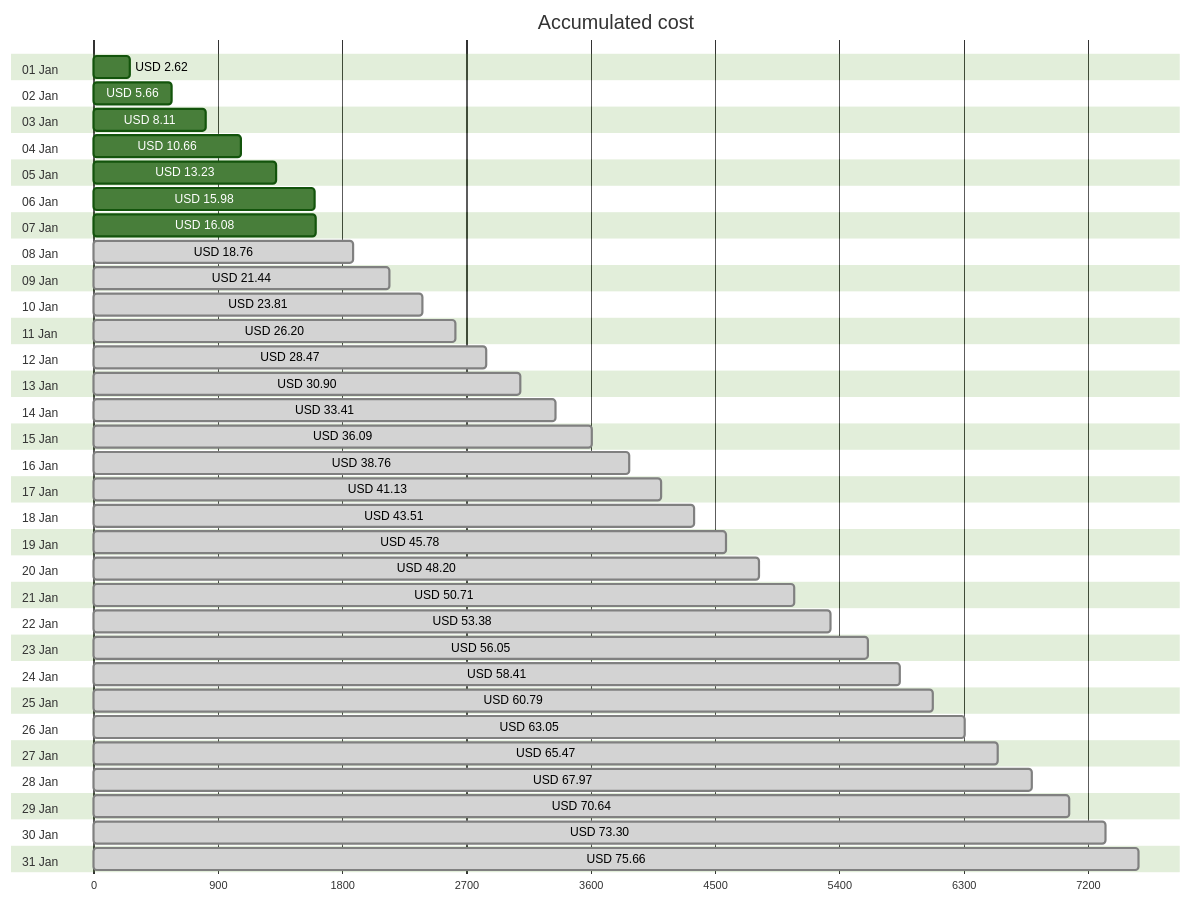
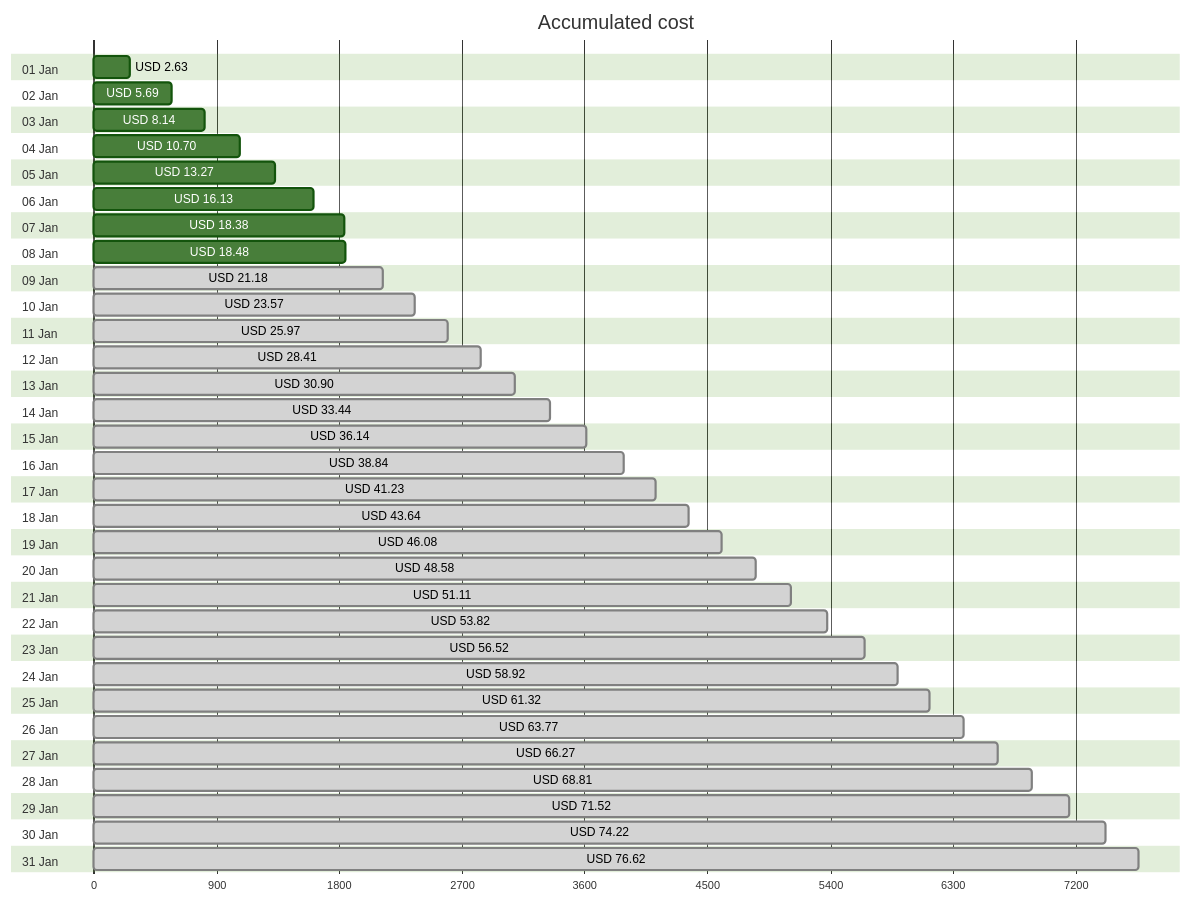
Before and after one commit to jpfulton/azure-personal-reports: the first of 4 diagrams in cost-reports/accumulated-cost.md, drawn with Mermaid (forest theme). The commit also changed other lines of this file and 4 other files, not shown here.

````diff
--- a/cost-reports/accumulated-cost.md
+++ b/cost-reports/accumulated-cost.md
@@ -20,68 +20,68 @@
 ```mermaid
 gantt
    title Accumulated cost
    dateFormat  X
    axisFormat %s
    section 01 Jan
-   USD 2.62 :0, 262
+   USD 2.63 :0, 263
    section 02 Jan
-   USD 5.66 :0, 566
+   USD 5.69 :0, 569
    section 03 Jan
-   USD 8.11 :0, 811
+   USD 8.14 :0, 814
    section 04 Jan
-   USD 10.66 :0, 1066
+   USD 10.70 :0, 1070
    section 05 Jan
-   USD 13.23 :0, 1323
+   USD 13.27 :0, 1327
    section 06 Jan
-   USD 15.98 :0, 1598
+   USD 16.13 :0, 1613
    section 07 Jan
-   USD 16.08 :0, 1608
+   USD 18.38 :0, 1838
    section 08 Jan
-   USD 18.76 : done, 0, 1876
+   USD 18.48 :0, 1848
    section 09 Jan
-   USD 21.44 : done, 0, 2144
+   USD 21.18 : done, 0, 2118
    section 10 Jan
-   USD 23.81 : done, 0, 2381
+   USD 23.57 : done, 0, 2357
    section 11 Jan
-   USD 26.20 : done, 0, 2620
+   USD 25.97 : done, 0, 2597
    section 12 Jan
-   USD 28.47 : done, 0, 2847
+   USD 28.41 : done, 0, 2841
    section 13 Jan
    USD 30.90 : done, 0, 3090
    section 14 Jan
-   USD 33.41 : done, 0, 3341
+   USD 33.44 : done, 0, 3344
    section 15 Jan
-   USD 36.09 : done, 0, 3609
+   USD 36.14 : done, 0, 3614
    section 16 Jan
-   USD 38.76 : done, 0, 3876
+   USD 38.84 : done, 0, 3884
    section 17 Jan
-   USD 41.13 : done, 0, 4113
+   USD 41.23 : done, 0, 4123
    section 18 Jan
-   USD 43.51 : done, 0, 4351
+   USD 43.64 : done, 0, 4364
    section 19 Jan
-   USD 45.78 : done, 0, 4578
+   USD 46.08 : done, 0, 4608
    section 20 Jan
-   USD 48.20 : done, 0, 4820
+   USD 48.58 : done, 0, 4858
    section 21 Jan
-   USD 50.71 : done, 0, 5071
+   USD 51.11 : done, 0, 5111
    section 22 Jan
-   USD 53.38 : done, 0, 5338
+   USD 53.82 : done, 0, 5382
    section 23 Jan
-   USD 56.05 : done, 0, 5605
+   USD 56.52 : done, 0, 5652
    section 24 Jan
-   USD 58.41 : done, 0, 5841
+   USD 58.92 : done, 0, 5892
    section 25 Jan
-   USD 60.79 : done, 0, 6079
+   USD 61.32 : done, 0, 6132
    section 26 Jan
-   USD 63.05 : done, 0, 6305
+   USD 63.77 : done, 0, 6377
    section 27 Jan
-   USD 65.47 : done, 0, 6547
+   USD 66.27 : done, 0, 6627
    section 28 Jan
-   USD 67.97 : done, 0, 6797
+   USD 68.81 : done, 0, 6881
    section 29 Jan
-   USD 70.64 : done, 0, 7064
+   USD 71.52 : done, 0, 7152
    section 30 Jan
-   USD 73.30 : done, 0, 7330
+   USD 74.22 : done, 0, 7422
    section 31 Jan
-   USD 75.66 : done, 0, 7566
+   USD 76.62 : done, 0, 7662
 ```
````
